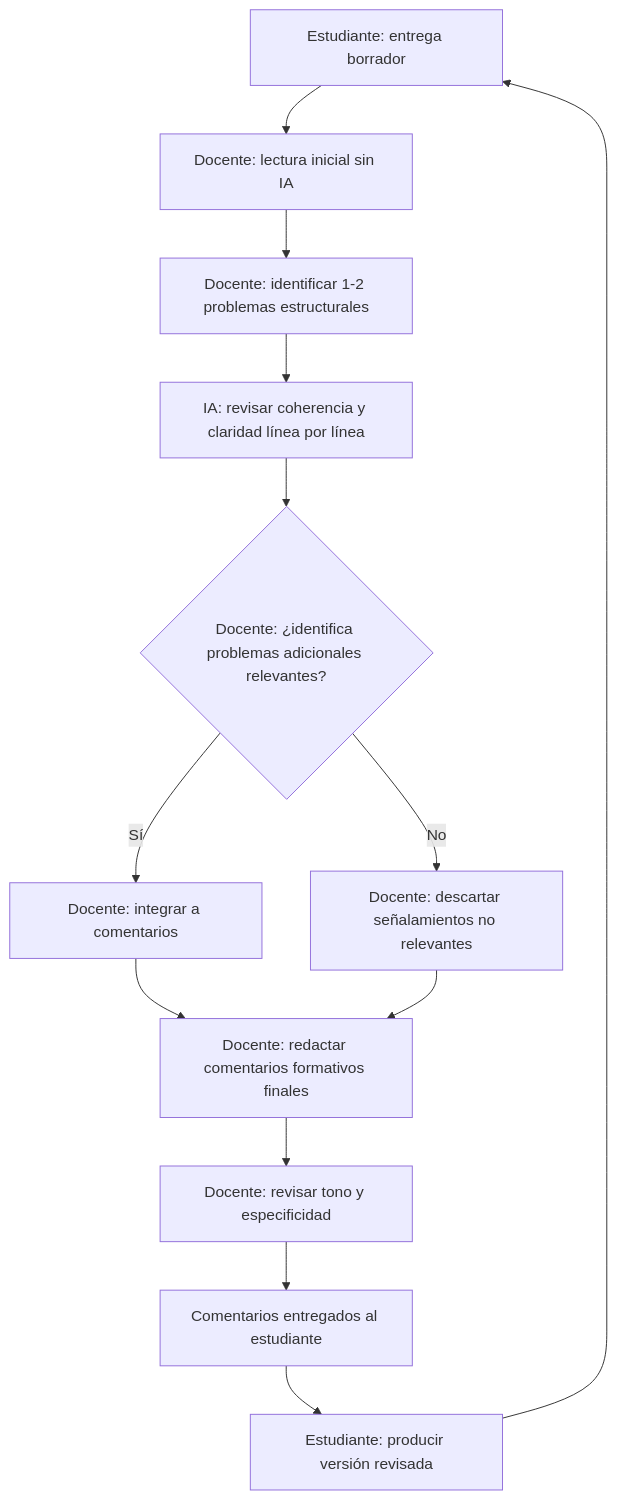
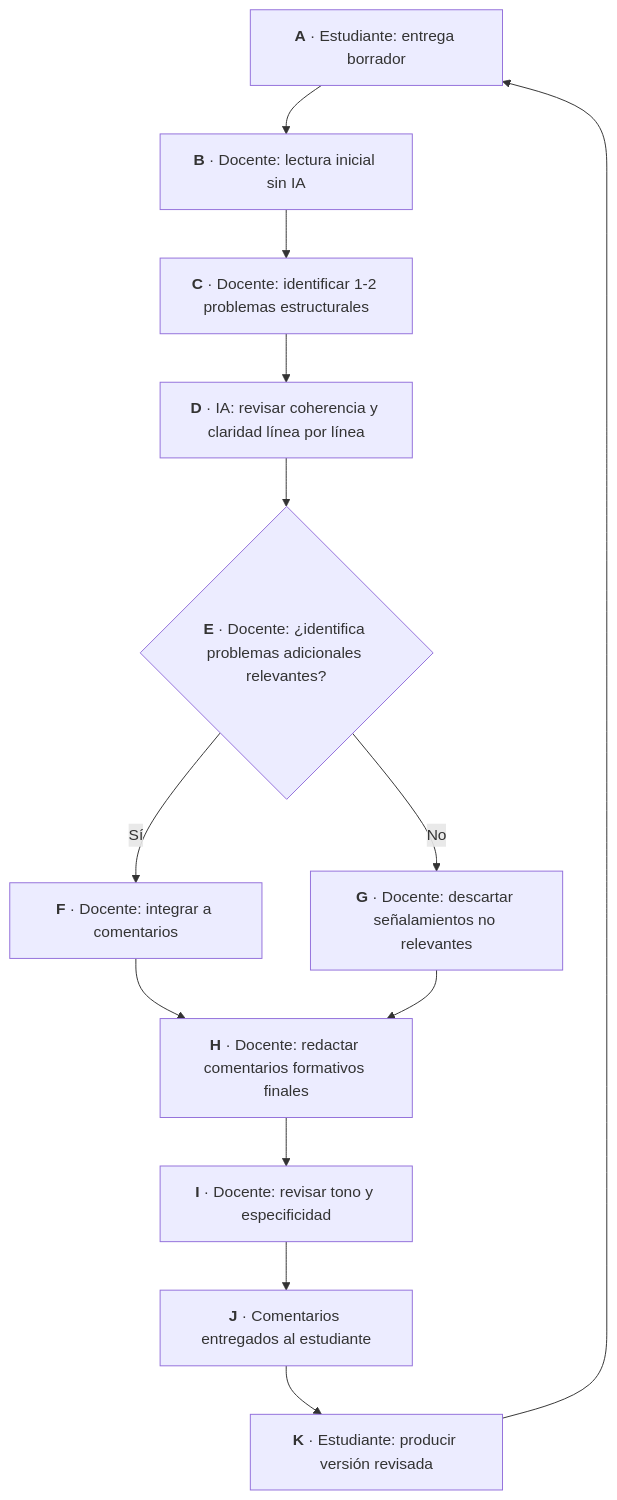
Before and after one commit to arqueon/aprendizaje-ia: the second of 3 diagrams in content/laboratorio/integracion-ia/flujos-trabajo-docente-ia/index.md, drawn with Mermaid. The commit also changed other lines of this file and 47 other files, not shown here.

```diff
--- a/content/laboratorio/integracion-ia/flujos-trabajo-docente-ia/index.md
+++ b/content/laboratorio/integracion-ia/flujos-trabajo-docente-ia/index.md
@@ -66,15 +66,15 @@
 {{< mermaid >}}
 flowchart TD
-    A[Estudiante: entrega borrador] --> B[Docente: lectura inicial sin IA]
-    B --> C[Docente: identificar 1-2 problemas estructurales]
-    C --> D[IA: revisar coherencia y claridad línea por línea]
-    D --> E{Docente: ¿identifica problemas adicionales relevantes?}
-    E -- Sí --> F[Docente: integrar a comentarios]
-    E -- No --> G[Docente: descartar señalamientos no relevantes]
-    F --> H[Docente: redactar comentarios formativos finales]
+    A["<b>A</b> · Estudiante: entrega borrador"] --> B["<b>B</b> · Docente: lectura inicial sin IA"]
+    B --> C["<b>C</b> · Docente: identificar 1-2 problemas estructurales"]
+    C --> D["<b>D</b> · IA: revisar coherencia y claridad línea por línea"]
+    D --> E{"<b>E</b> · Docente: ¿identifica problemas adicionales relevantes?"}
+    E -- Sí --> F["<b>F</b> · Docente: integrar a comentarios"]
+    E -- No --> G["<b>G</b> · Docente: descartar señalamientos no relevantes"]
+    F --> H["<b>H</b> · Docente: redactar comentarios formativos finales"]
     G --> H
-    H --> I[Docente: revisar tono y especificidad]
-    I --> J[Comentarios entregados al estudiante]
-    J --> K[Estudiante: producir versión revisada]
+    H --> I["<b>I</b> · Docente: revisar tono y especificidad"]
+    I --> J["<b>J</b> · Comentarios entregados al estudiante"]
+    J --> K["<b>K</b> · Estudiante: producir versión revisada"]
     K --> A
 {{< /mermaid >}}
```
